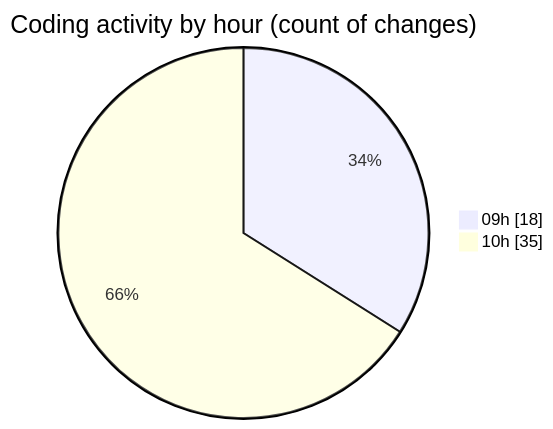
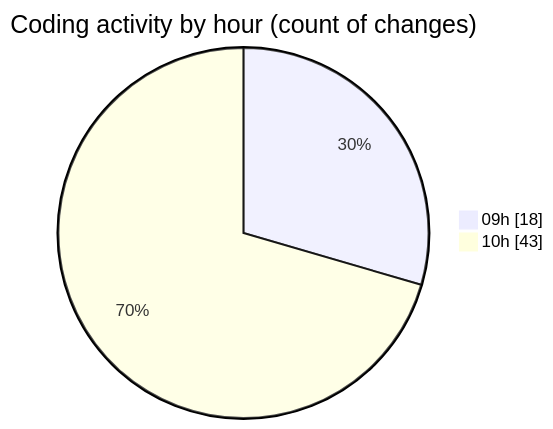
Before and after one commit to momahboobian/code-tracking: the second of 2 diagrams in 2025-03-21/cda/README.md, drawn with Mermaid. The commit also changed other lines of this file and 1 other file, not shown here.

````diff
--- a/2025-03-21/cda/README.md
+++ b/2025-03-21/cda/README.md
@@ -34,6 +34,6 @@
 ```mermaid
 pie showData
 title Coding activity by hour (count of changes)
 "09h" : 18
-"10h" : 35
+"10h" : 43
 ```
````
